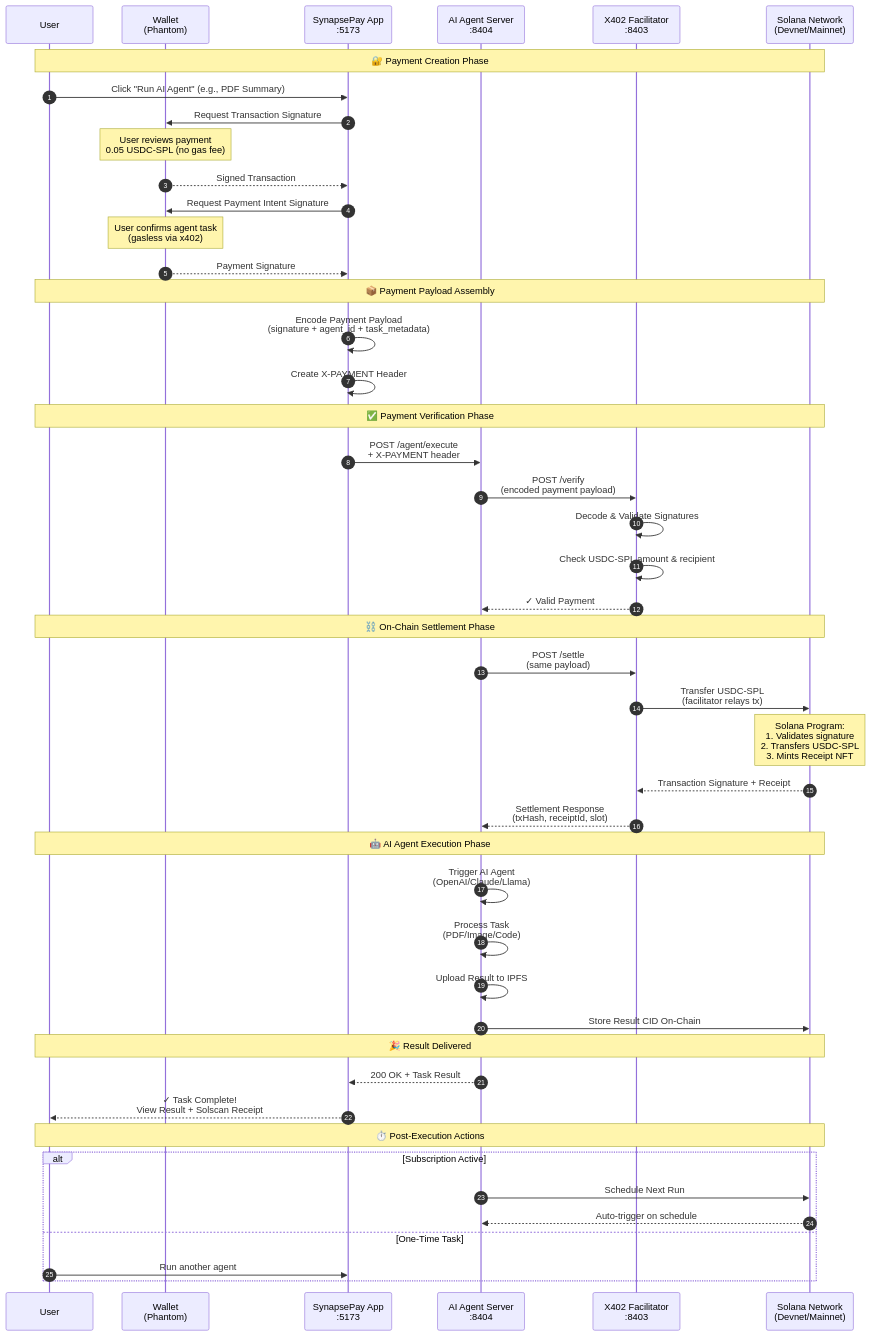
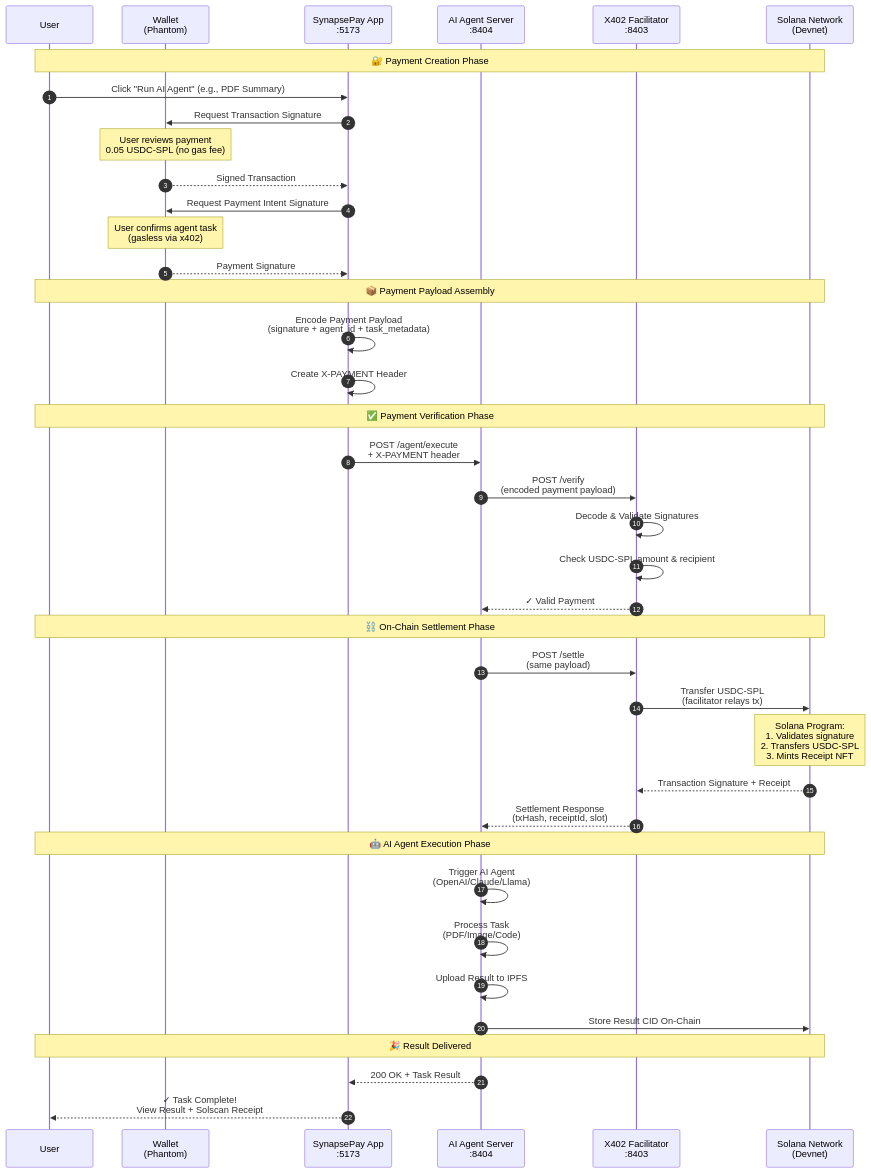
The second of 2 diagrams in README.md (samarabdelhameed/SynapsePay), drawn with Mermaid before and after one commit. The commit also changed other lines of this file and 49 other files, not shown here.

````diff
--- a/README.md
+++ b/README.md
@@ -500,56 +229,48 @@
 ```mermaid
 sequenceDiagram
     autonumber
     participant User
     participant Wallet as Wallet<br/>(Phantom)
     participant Web as SynapsePay App<br/>:5173
     participant Resource as AI Agent Server<br/>:8404
     participant Facilitator as X402 Facilitator<br/>:8403
-    participant Blockchain as Solana Network<br/>(Devnet/Mainnet)
+    participant Blockchain as Solana Network<br/>(Devnet)
 
     Note over User,Blockchain: 🔐 Payment Creation Phase
     User->>Web: Click "Run AI Agent" (e.g., PDF Summary)
     Web->>Wallet: Request Transaction Signature
     Note over Wallet: User reviews payment<br/>0.05 USDC-SPL (no gas fee)
     Wallet-->>Web: Signed Transaction
 
     Web->>Wallet: Request Payment Intent Signature
     Note over Wallet: User confirms agent task<br/>(gasless via x402)
     Wallet-->>Web: Payment Signature
 
     Note over User,Blockchain: 📦 Payment Payload Assembly
     Web->>Web: Encode Payment Payload<br/>(signature + agent_id + task_metadata)
     Web->>Web: Create X-PAYMENT Header
 
     Note over User,Blockchain: ✅ Payment Verification Phase
     Web->>Resource: POST /agent/execute<br/>+ X-PAYMENT header
     Resource->>Facilitator: POST /verify<br/>(encoded payment payload)
     Facilitator->>Facilitator: Decode & Validate Signatures
     Facilitator->>Facilitator: Check USDC-SPL amount & recipient
     Facilitator-->>Resource: ✓ Valid Payment
 
     Note over User,Blockchain: ⛓️ On-Chain Settlement Phase
     Resource->>Facilitator: POST /settle<br/>(same payload)
     Facilitator->>Blockchain: Transfer USDC-SPL<br/>(facilitator relays tx)
     Note over Blockchain: Solana Program:<br/>1. Validates signature<br/>2. Transfers USDC-SPL<br/>3. Mints Receipt NFT
     Blockchain-->>Facilitator: Transaction Signature + Receipt
     Facilitator-->>Resource: Settlement Response<br/>(txHash, receiptId, slot)
 
     Note over User,Blockchain: 🤖 AI Agent Execution Phase
     Resource->>Resource: Trigger AI Agent<br/>(OpenAI/Claude/Llama)
     Resource->>Resource: Process Task<br/>(PDF/Image/Code)
     Resource->>Resource: Upload Result to IPFS
     Resource->>Blockchain: Store Result CID On-Chain
 
     Note over User,Blockchain: 🎉 Result Delivered
     Resource-->>Web: 200 OK + Task Result
     Web-->>User: ✓ Task Complete!<br/>View Result + Solscan Receipt
-
-    Note over User,Blockchain: ⏱️ Post-Execution Actions
-    alt Subscription Active
-        Resource->>Blockchain: Schedule Next Run
-        Blockchain-->>Resource: Auto-trigger on schedule
-    else One-Time Task
-        User->>Web: Run another agent
-    end
 ```
````
